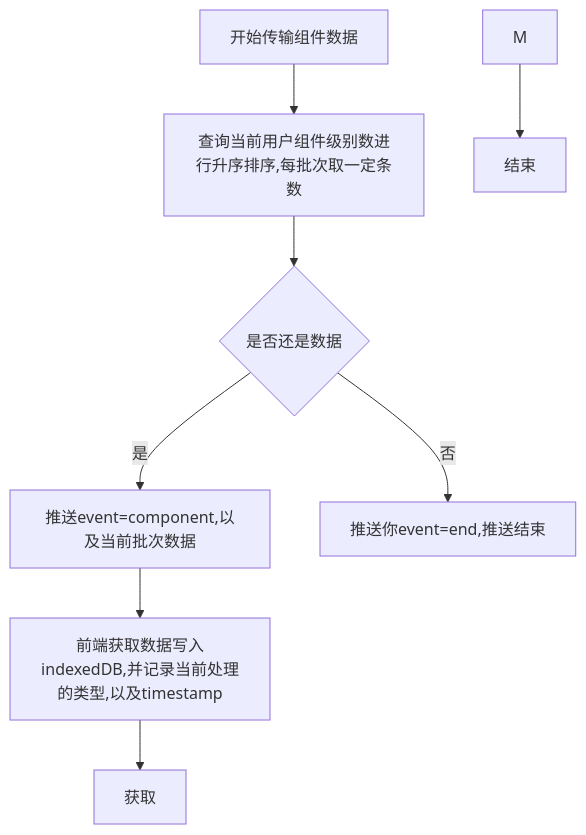
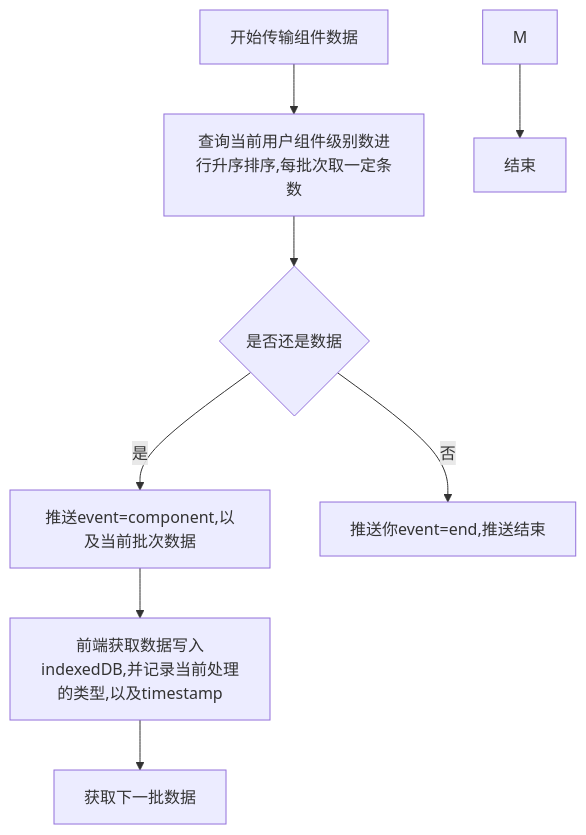
Before and after one commit to yingjianzh/iodraw-files: the diagram in all/未命名-59.md, drawn with Mermaid.

Commit message:
2025-05-14 15:26:59 update

````diff
--- a/all/未命名-59.md
+++ b/all/未命名-59.md
@@ -1,13 +1,14 @@
 ```mermaid
 flowchart TD
     A[开始传输组件数据] --> B[查询当前用户组件级别数进行升序排序,每批次取一定条数]
     B --> C{是否还是数据}
     C --> |是| D[推送event=component,以及当前批次数据]
     C --> |否| E[推送你event=end,推送结束]
 
     D --> F[前端获取数据写入indexedDB,并记录当前处理的类型,以及timestamp]
     
-    F --> G[获取]
+    F --> G[获取下一批数据]
+    
    
     M --> N[结束]
 ```
````
